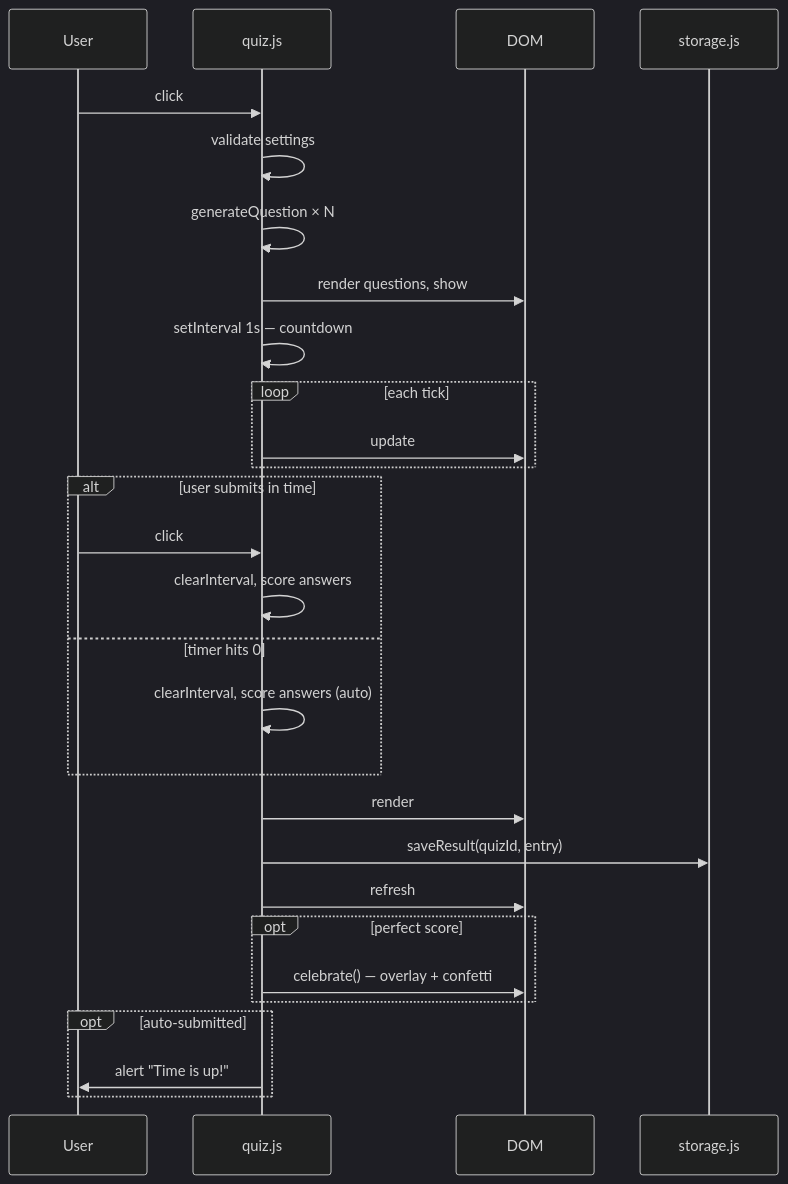
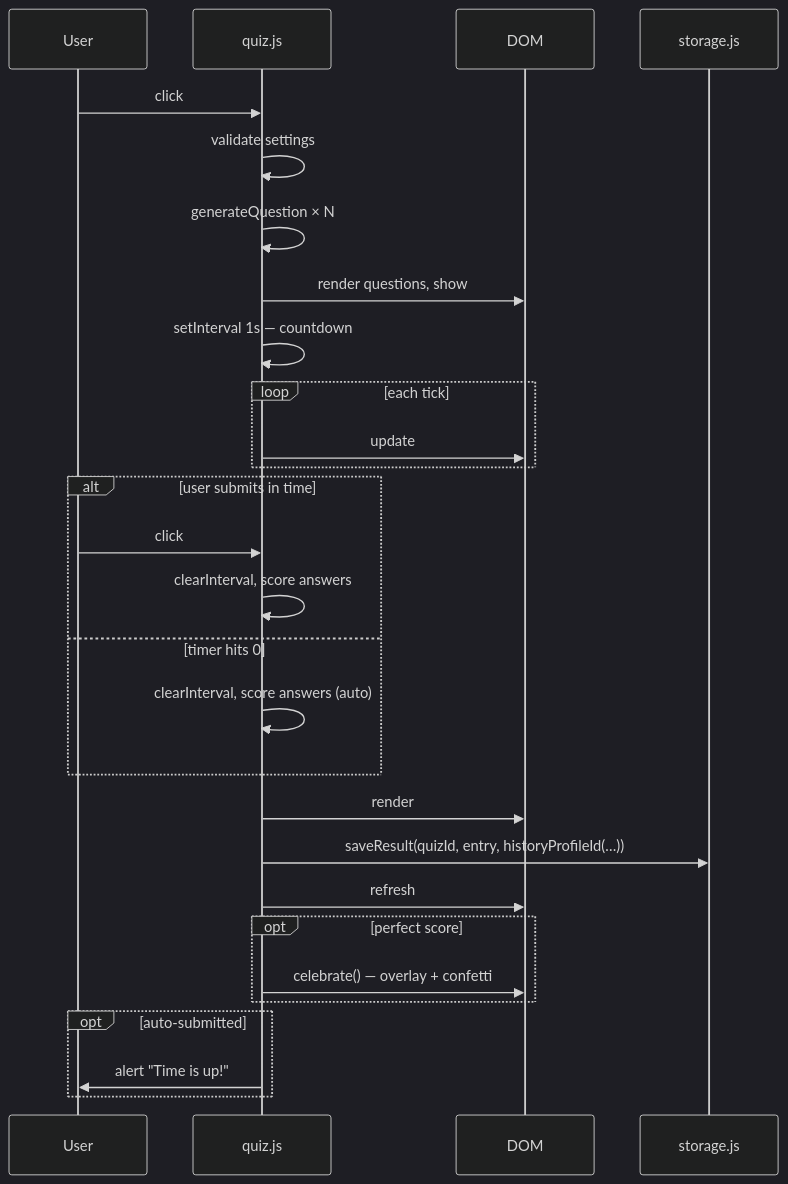
The second of 5 diagrams in ARCHITECTURE.md (plsgard/school), drawn with Mermaid (dark theme) before and after one commit. The commit also changed other lines of this file and 3 other files, not shown here.

Commit message:
docs: learning tracks architecture, setup, deck and audio authoring

````diff
--- a/ARCHITECTURE.md
+++ b/ARCHITECTURE.md
@@ -66,31 +90,31 @@
 ```mermaid
 sequenceDiagram
     participant User
     participant Engine as quiz.js
     participant DOM
     participant Storage as storage.js
 
     User->>Engine: click #startQuiz
     Engine->>Engine: validate settings
     Engine->>Engine: generateQuestion × N
     Engine->>DOM: render questions, show #quiz
     Engine->>Engine: setInterval 1s — countdown
     loop each tick
         Engine->>DOM: update #timer text
     end
     alt user submits in time
         User->>Engine: click #submit
         Engine->>Engine: clearInterval, score answers
     else timer hits 0
         Engine->>Engine: clearInterval, score answers (auto)
     end
     Engine->>DOM: render #result, hide #quiz
-    Engine->>Storage: saveResult(quizId, entry)
+    Engine->>Storage: saveResult(quizId, entry, historyProfileId(…))
     Engine->>DOM: refresh #historyList
     opt perfect score
         Engine->>DOM: celebrate() — overlay + confetti
     end
     opt auto-submitted
         Engine->>User: alert "Time is up!"
     end
 ```
````
